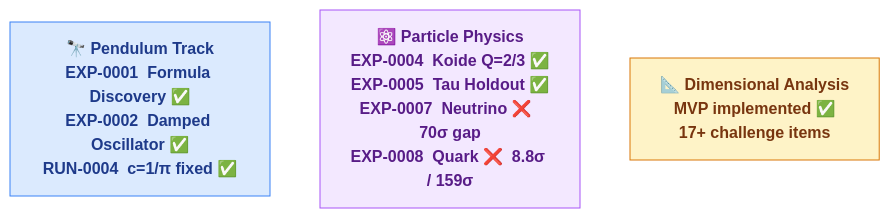
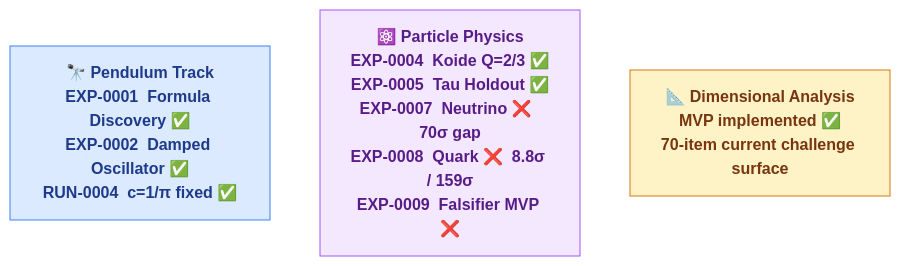
Before and after one commit to open-agent-science/autonomous-physics-lab: the second of 3 diagrams in README.md, drawn with Mermaid. The commit also changed other lines of this file and 8 other files, not shown here.

````diff
--- a/README.md
+++ b/README.md
@@ -126,12 +134,12 @@
 ```mermaid
 flowchart LR
     classDef pend fill:#dbeafe,stroke:#3b82f6,color:#1e3a8a,font-weight:bold
     classDef part fill:#f3e8ff,stroke:#a855f7,color:#581c87,font-weight:bold
     classDef da   fill:#fef3c7,stroke:#d97706,color:#78350f,font-weight:bold
 
     P["🔭 Pendulum Track\nEXP-0001  Formula Discovery ✅\nEXP-0002  Damped Oscillator ✅\nRUN-0004  c=1/π fixed ✅"]:::pend
-    K["⚛️ Particle Physics\nEXP-0004  Koide Q=2/3 ✅\nEXP-0005  Tau Holdout ✅\nEXP-0007  Neutrino ❌  70σ gap\nEXP-0008  Quark ❌  8.8σ / 159σ"]:::part
-    D["📐 Dimensional Analysis\nMVP implemented ✅\n17+ challenge items"]:::da
+    K["⚛️ Particle Physics\nEXP-0004  Koide Q=2/3 ✅\nEXP-0005  Tau Holdout ✅\nEXP-0007  Neutrino ❌  70σ gap\nEXP-0008  Quark ❌  8.8σ / 159σ\nEXP-0009  Falsifier MVP ❌"]:::part
+    D["📐 Dimensional Analysis\nMVP implemented ✅\n70-item current challenge surface"]:::da
 
     P ~~~ K ~~~ D
 ```
````
